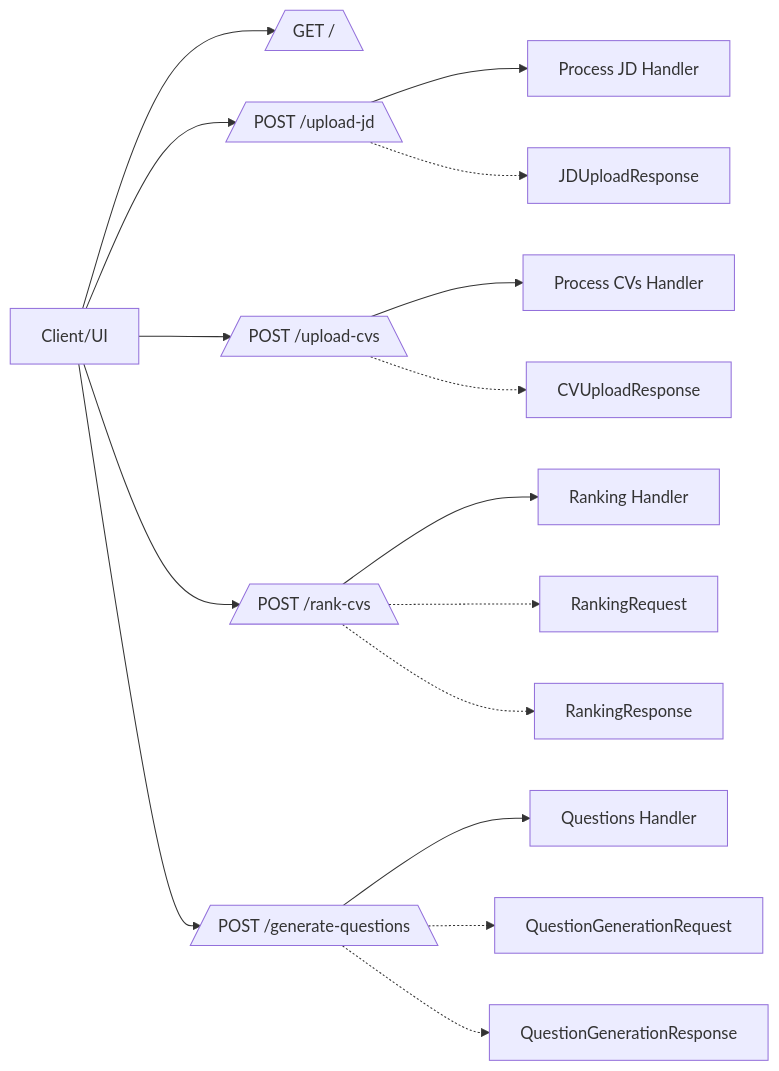
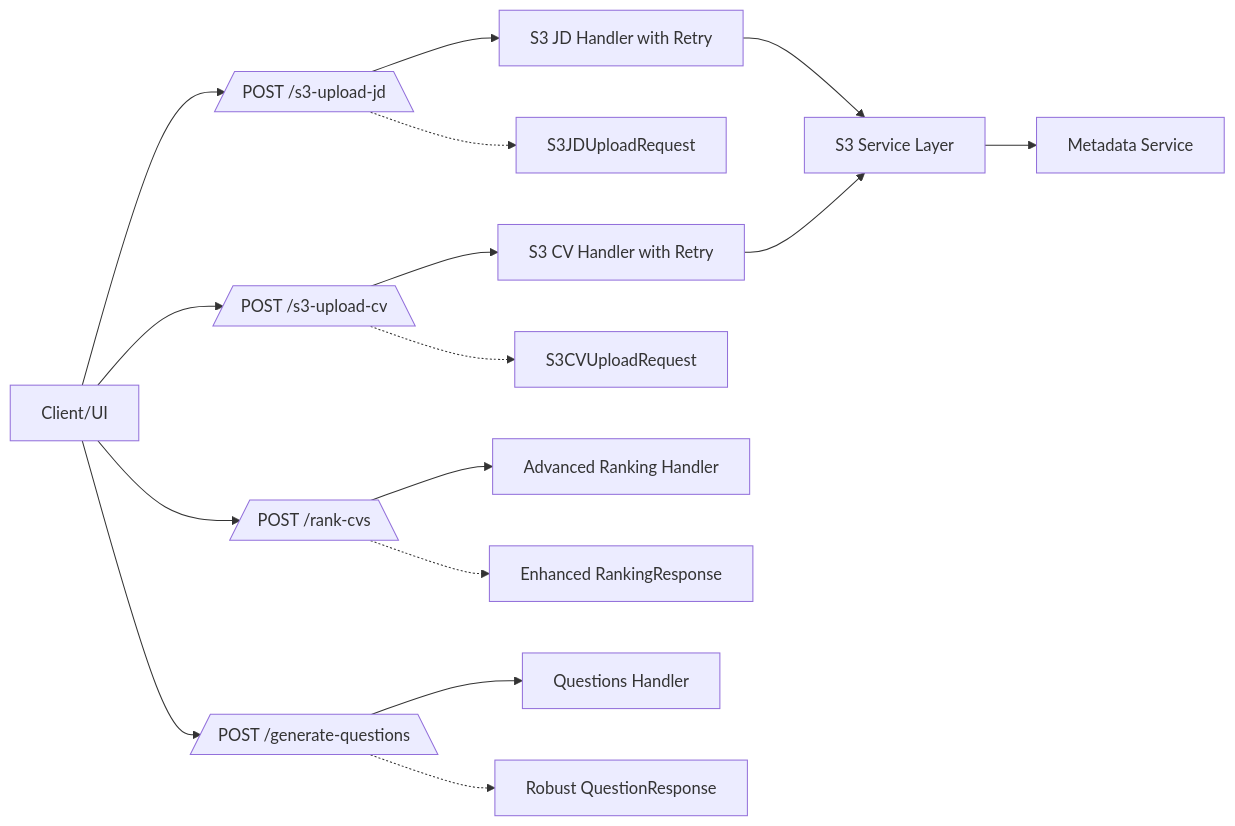
One commit to PranavAikkara/emergencyrepoSR changed the ninth of 9 diagrams in design_and_architecture/architecture.md. Above: the diagram before and after it, drawn with Mermaid. The commit also changed other lines of this file and 15 other files, not shown here.

````diff
--- a/design_and_architecture/architecture.md
+++ b/design_and_architecture/architecture.md
@@ -392,41 +458,44 @@
 ```mermaid
 graph LR
     %% Client
     Client[Client/UI]
     
-    %% API Endpoints
-    HealthCheck[/GET /\]
-    UploadJD[/POST /upload-jd\]
-    UploadCVs[/POST /upload-cvs\]
+    %% S3 Endpoints
+    S3JDUpload[/POST /s3-upload-jd\]
+    S3CVUpload[/POST /s3-upload-cv\]
     RankCVs[/POST /rank-cvs\]
     GenQuestions[/POST /generate-questions\]
     
-    %% Handlers
-    ProcessJD[Process JD Handler]
-    ProcessCVs[Process CVs Handler]
-    RankHandler[Ranking Handler]
+    %% Enhanced Handlers
+    S3JDHandler[S3 JD Handler with Retry]
+    S3CVHandler[S3 CV Handler with Retry]
+    AdvancedRankHandler[Advanced Ranking Handler]
     QuestionsHandler[Questions Handler]
     
+    %% S3 Integration
+    S3Service[S3 Service Layer]
+    MetadataService[Metadata Service]
+    
     %% Client to Endpoints
-    Client --> HealthCheck
-    Client --> UploadJD
-    Client --> UploadCVs
+    Client --> S3JDUpload
+    Client --> S3CVUpload
     Client --> RankCVs
     Client --> GenQuestions
     
     %% Endpoints to Handlers
-    UploadJD --> ProcessJD
-    UploadCVs --> ProcessCVs
-    RankCVs --> RankHandler
+    S3JDUpload --> S3JDHandler
+    S3CVUpload --> S3CVHandler
+    RankCVs --> AdvancedRankHandler
     GenQuestions --> QuestionsHandler
     
-    %% Request/Response Models
-    UploadJD -.-> JDUploadResponse[JDUploadResponse]
-    UploadCVs -.-> CVUploadResponse[CVUploadResponse]
-    RankCVs -.-> RankingRequest[RankingRequest]
-    RankCVs -.-> RankingResponse[RankingResponse]
-    GenQuestions -.-> QuestionRequest[QuestionGenerationRequest]
-    GenQuestions -.-> QuestionResponse[QuestionGenerationResponse]
+    %% Handlers to Services
+    S3JDHandler --> S3Service
+    S3CVHandler --> S3Service
+    S3Service --> MetadataService
     
-  
+    %% Enhanced Request/Response Models
+    S3JDUpload -.-> S3JDRequest[S3JDUploadRequest]
+    S3CVUpload -.-> S3CVRequest[S3CVUploadRequest]
+    RankCVs -.-> EnhancedRankingResponse[Enhanced RankingResponse]
+    GenQuestions -.-> RobustQuestionResponse[Robust QuestionResponse]
 ```
````
